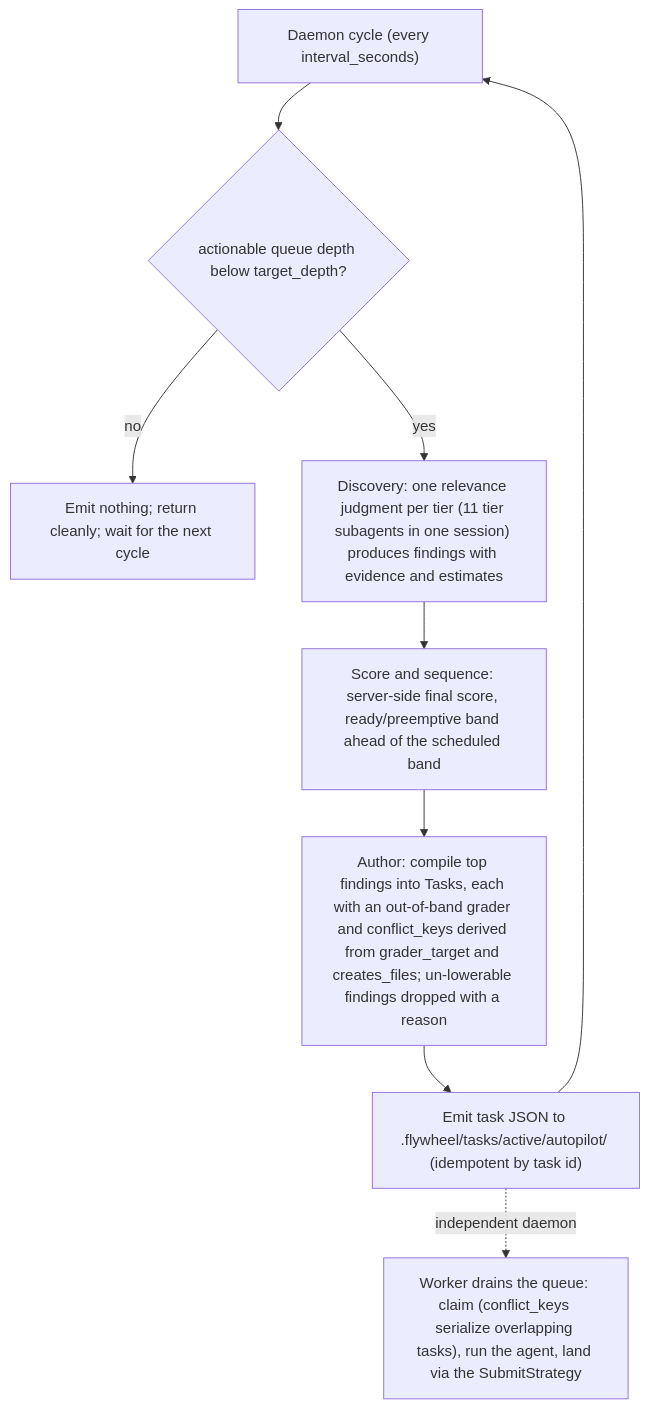
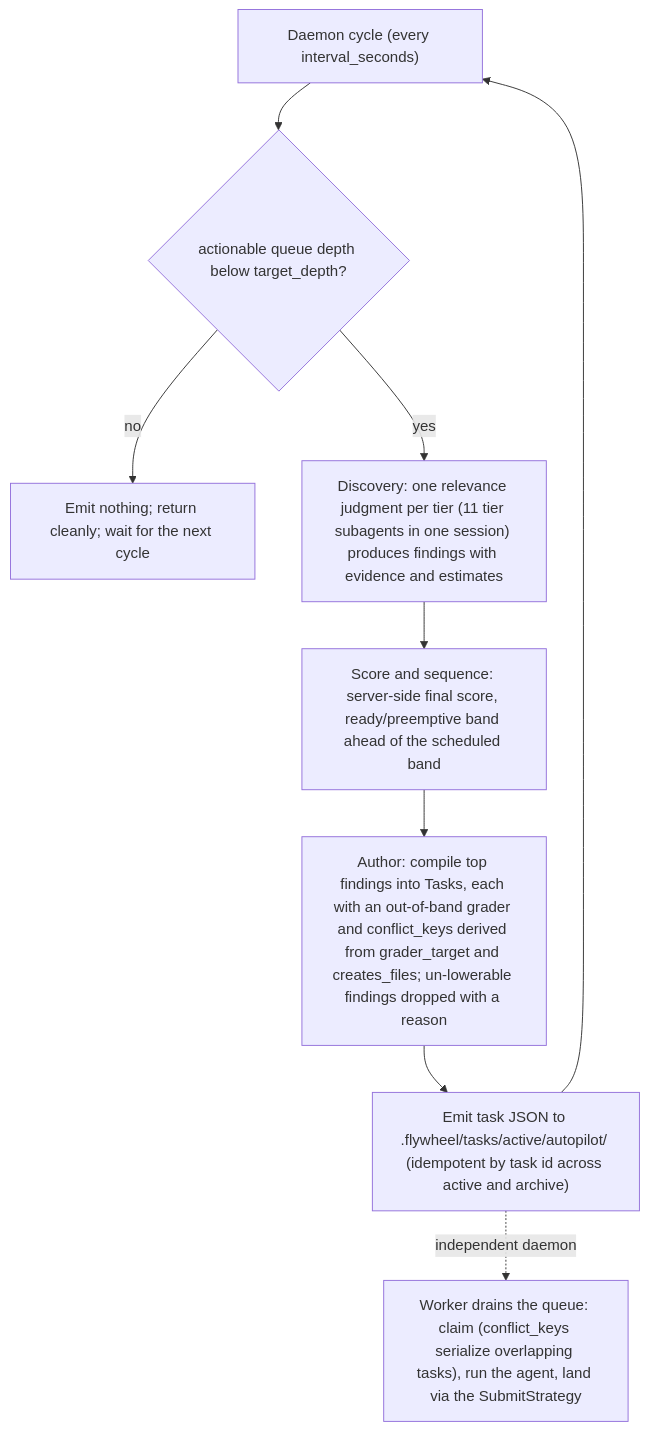
Before and after one commit to johnayoung/flywheel: the diagram in docs/autopilot.md, drawn with Mermaid. The commit also changed other lines of this file and 3 other files, not shown here.

First line of the commit message:
fix: skip autopilot emission of a task id another phase already defines

````diff
--- a/docs/autopilot.md
+++ b/docs/autopilot.md
@@ -24,11 +24,11 @@
 ```mermaid
 flowchart TD
     START["Daemon cycle (every interval_seconds)"] --> D{"actionable queue depth below target_depth?"}
     D -->|no| WAIT["Emit nothing; return cleanly; wait for the next cycle"]
     D -->|yes| DISC["Discovery: one relevance judgment per tier (11 tier subagents in one session) produces findings with evidence and estimates"]
     DISC --> SCORE["Score and sequence: server-side final score, ready/preemptive band ahead of the scheduled band"]
     SCORE --> AUTH["Author: compile top findings into Tasks, each with an out-of-band grader and conflict_keys derived from grader_target and creates_files; un-lowerable findings dropped with a reason"]
-    AUTH --> EMIT["Emit task JSON to .flywheel/tasks/active/autopilot/ (idempotent by task id)"]
+    AUTH --> EMIT["Emit task JSON to .flywheel/tasks/active/autopilot/ (idempotent by task id across active and archive)"]
     EMIT --> START
     EMIT -.->|"independent daemon"| WORKER["Worker drains the queue: claim (conflict_keys serialize overlapping tasks), run the agent, land via the SubmitStrategy"]
 ```
````
